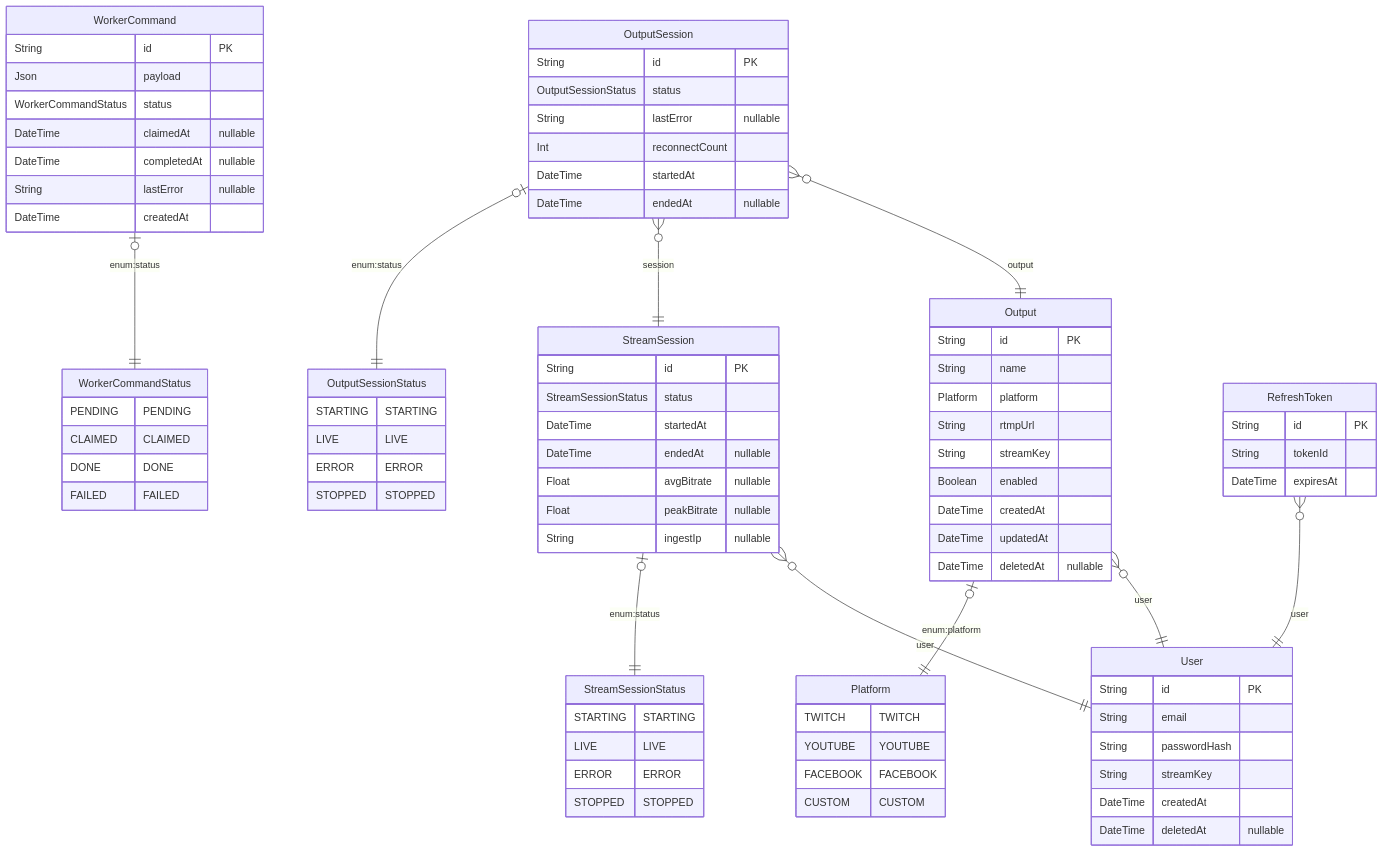
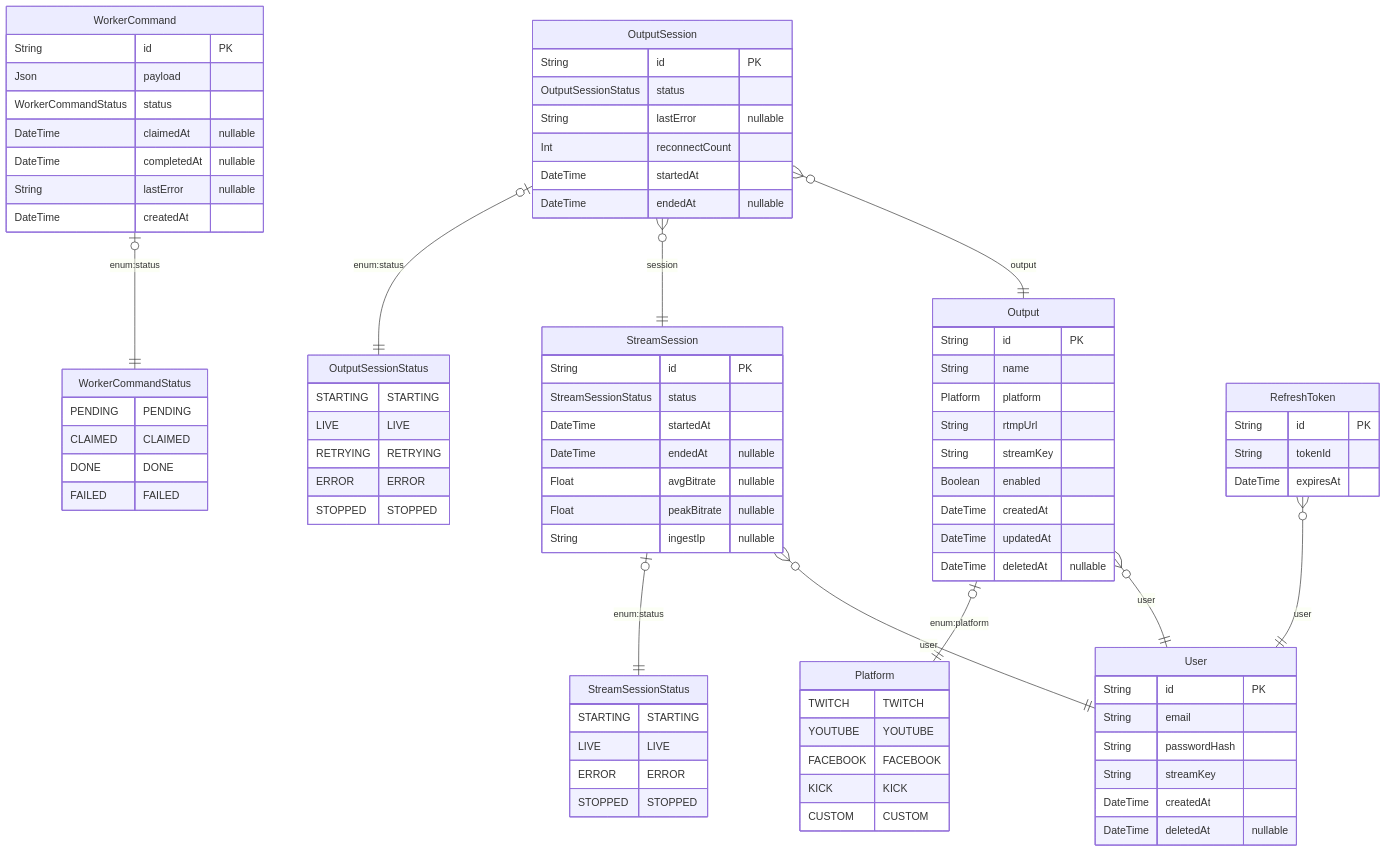
One commit to synnottd/sruth changed the diagram in docs/erd.md. Above: the diagram before and after it, drawn with Mermaid. The commit also changed 26 other files, not shown here.

First line of the commit message:
Close MVP gaps: Kick preset, SRT ingest, RETRYING status, enabled toggle (#92)

```diff
--- a/docs/erd.md
+++ b/docs/erd.md
@@ -5,6 +5,7 @@
             TWITCH TWITCH
 YOUTUBE YOUTUBE
 FACEBOOK FACEBOOK
+KICK KICK
 CUSTOM CUSTOM
         }
     
@@ -22,6 +23,7 @@
         OutputSessionStatus {
             STARTING STARTING
 LIVE LIVE
+RETRYING RETRYING
 ERROR ERROR
 STOPPED STOPPED
         }
```
